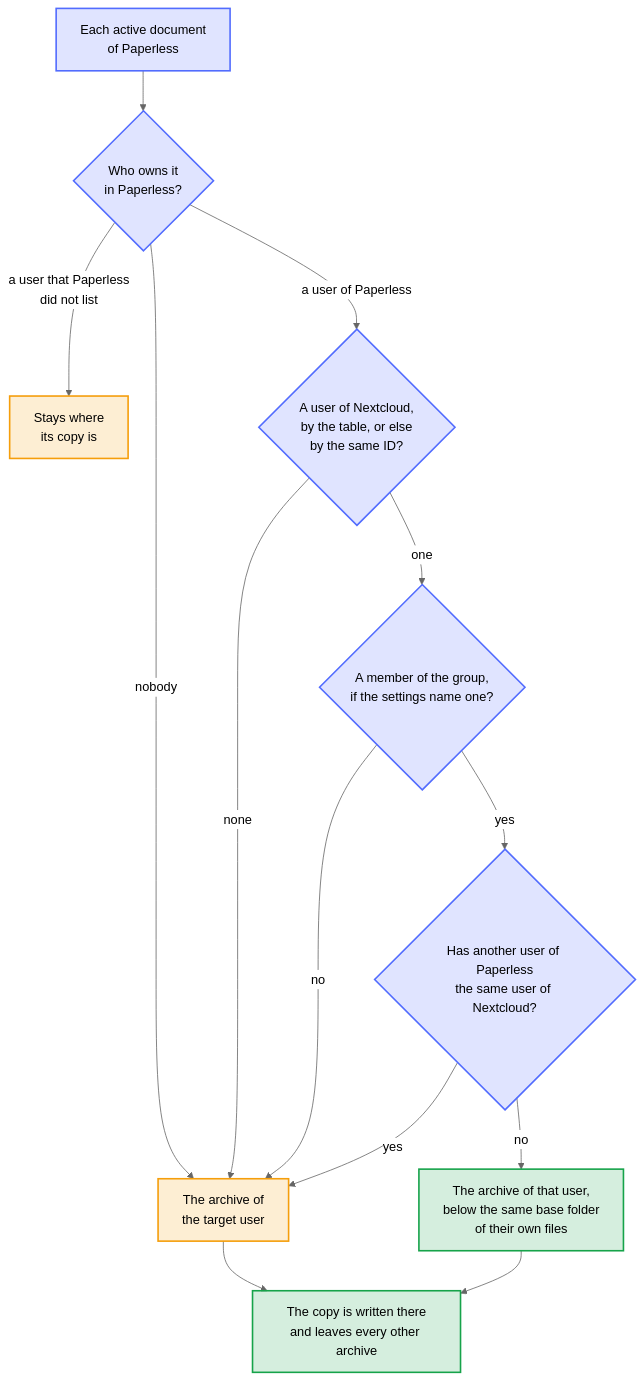
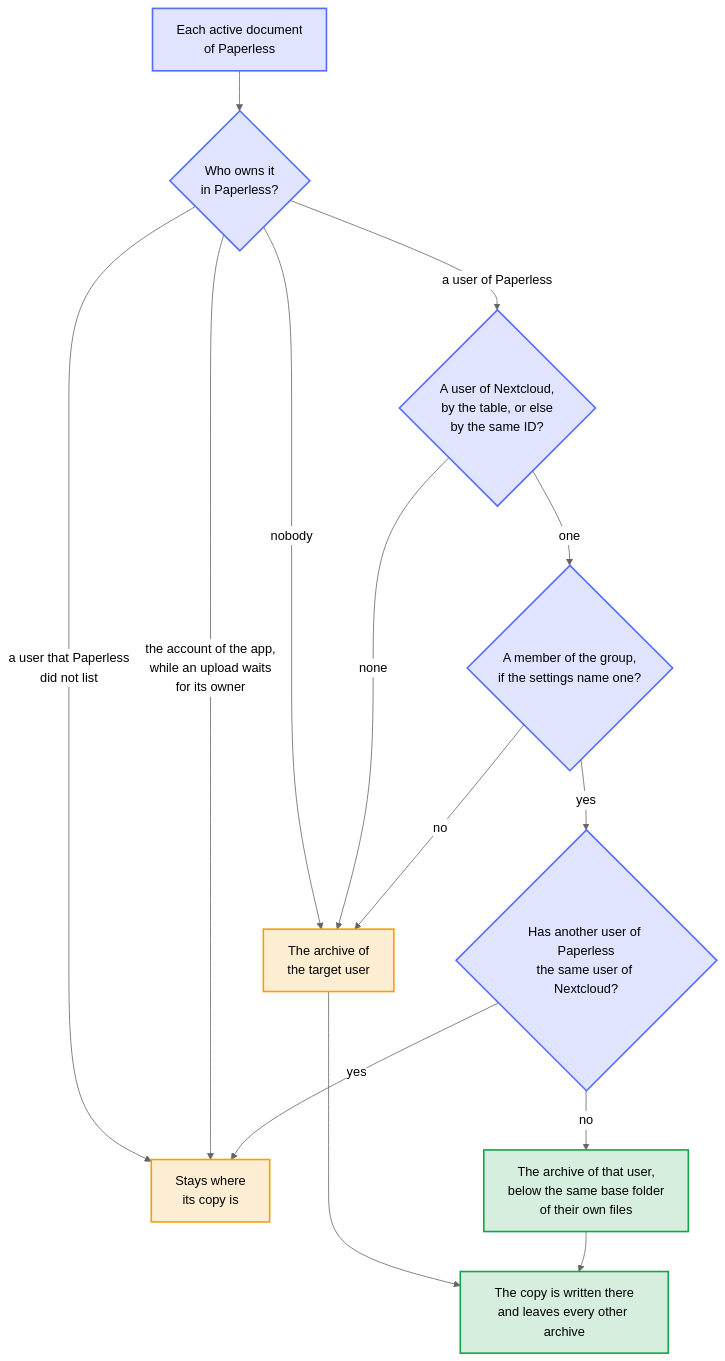
Before and after one commit to Dennis-Otto/paperless-sync: the diagram in docs/diagrams/whose-archive-a-document-goes-to.mmd, drawn with Mermaid (neutral theme). The commit also changed 34 other files, not shown here.

First line of the commit message:
fix: hold uploads until they have their owner, and close the review gaps of per-user ownership

```diff
--- a/docs/diagrams/whose-archive-a-document-goes-to.mmd
+++ b/docs/diagrams/whose-archive-a-document-goes-to.mmd
@@ -1,22 +1,23 @@
 flowchart TB
     accTitle: Whose archive a document goes to
-    accDescr: With per-user ownership, a run asks of every active document who owns it in Paperless. A document without an owner goes to the target user. A document whose owner Paperless didn't list stays where its copy is. For every other owner, the run looks for one user of Nextcloud: the one that the table Paperless users with another Nextcloud ID names, or else the one with the same ID, whatever its case. Without such a user, outside the group of the setting, or when another user of Paperless has the same user of Nextcloud, the document goes to the target user, so that none is lost, and the connection checklist names the case. Otherwise it goes to that user. Its copy is written in the archive of that user, below the same base folder of their own files, and leaves every other archive.
+    accDescr: With per-user ownership, a run asks of every active document who owns it in Paperless. A document without an owner goes to the target user. A document whose owner Paperless didn't list, or that the account of the app owns while an upload waits for its owner, stays where its copy is. For every other owner, the run looks for one user of Nextcloud: the one that the table Paperless users with another Nextcloud ID names, or else the one with the same ID, whatever its case. Without such a user, or outside the group of the setting, the document goes to the target user, so that none is lost. When another user of Paperless has the same user of Nextcloud, it stays where its copy is, as the run doesn't guess. The connection checklist names each case. Otherwise it goes to that user. Its copy is written in the archive of that user, below the same base folder of their own files, and leaves every other archive.
 
     document["Each active document<br>of Paperless"] --> owner{"Who owns it<br>in Paperless?"}
     owner -->|nobody| target["The archive of<br>the target user"]
     owner -->|a user that Paperless<br>did not list| held["Stays where<br>its copy is"]
+    owner -->|the account of the app,<br>while an upload waits<br>for its owner| held
     owner -->|a user of Paperless| match{"A user of Nextcloud,<br>by the table, or else<br>by the same ID?"}
     match -->|none| target
     match -->|one| group{"A member of the group,<br>if the settings name one?"}
     group -->|no| target
     group -->|yes| shared{"Has another user of Paperless<br>the same user of Nextcloud?"}
-    shared -->|yes| target
+    shared -->|yes| held
     shared -->|no| user["The archive of that user,<br>below the same base folder<br>of their own files"]
     target --> copy["The copy is written there<br>and leaves every other archive"]
     user --> copy
     classDef check fill:#526cfe2e,stroke:#526cfe,stroke-width:2px
     classDef kept fill:#16a34a2e,stroke:#16a34a,stroke-width:2px
     classDef changed fill:#f59e0b2e,stroke:#f59e0b,stroke-width:2px
     class document,owner,match,group,shared check
     class user,copy kept
     class target,held changed
```
